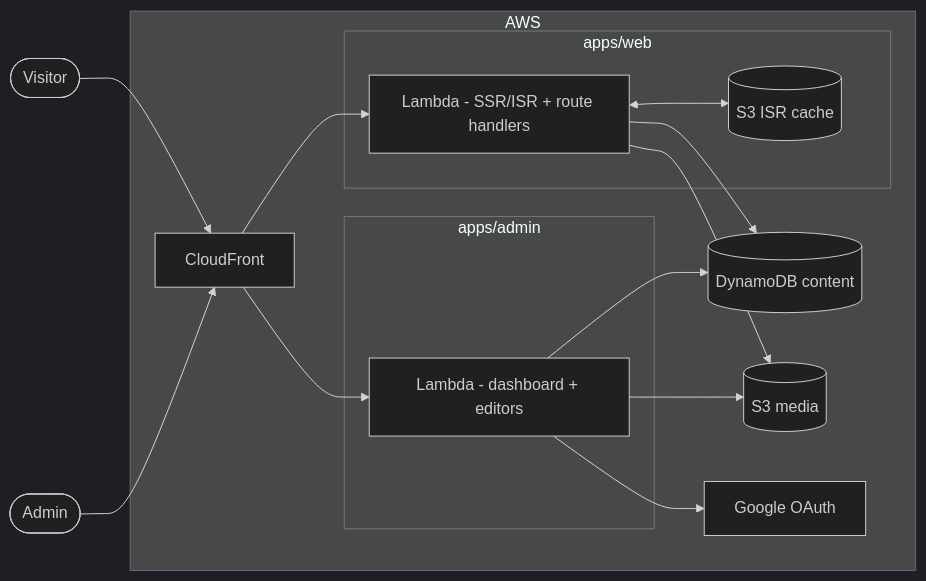
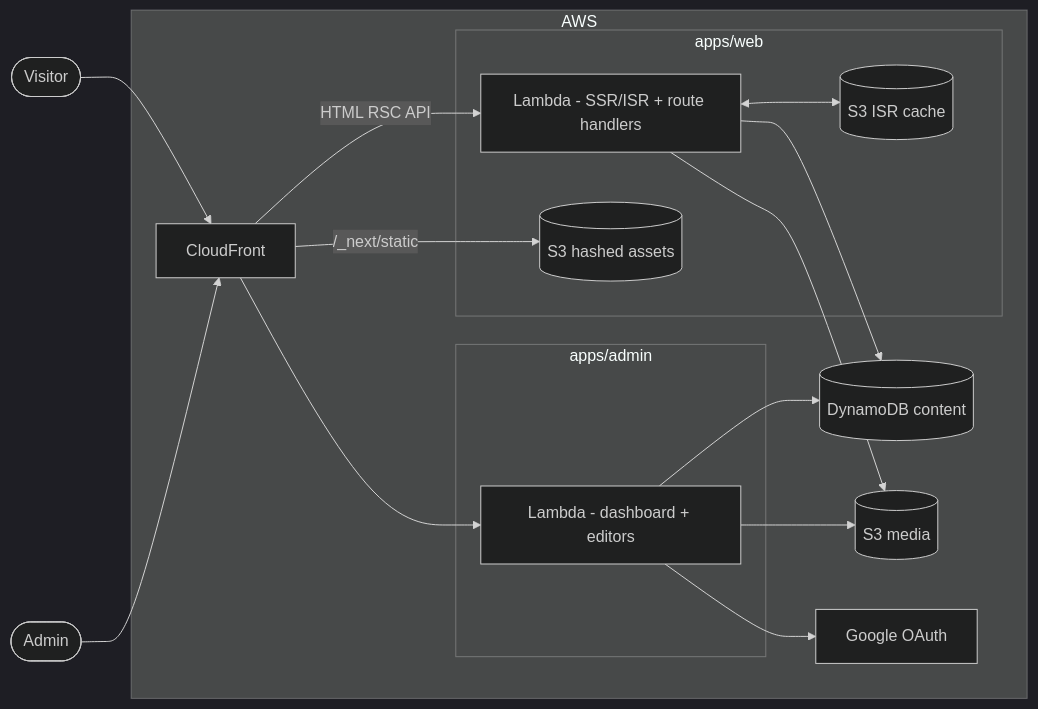
The diagram in README.md (KhubaibQaiser/portfolio-v2), drawn with Mermaid (dark theme) before and after one commit. The commit also changed other lines of this file and 8 other files, not shown here.

First line of the commit message:
Retain hashed OpenNext assets across deploys to stop post-release CSS breakage (#56)

````diff
--- a/README.md
+++ b/README.md
@@ -40,28 +40,31 @@
 ```mermaid
 flowchart LR
   user([Visitor])
   admin_user([Admin])
 
   subgraph aws [AWS]
     cf[CloudFront]
     subgraph web [apps/web]
       webfn[Lambda - SSR/ISR + route handlers]
+      s3assets[(S3 hashed assets)]
       s3cache[(S3 ISR cache)]
     end
     subgraph adm [apps/admin]
       admfn[Lambda - dashboard + editors]
     end
     ddb[(DynamoDB content)]
     s3media[(S3 media)]
     google[Google OAuth]
   end
 
-  user --> cf --> webfn
+  user --> cf
+  cf -->|"HTML RSC API"| webfn
+  cf -->|"/_next/static"| s3assets
   webfn <--> s3cache
   webfn --> ddb
   webfn --> s3media
   admin_user --> cf --> admfn
   admfn --> google
   admfn --> ddb
   admfn --> s3media
 ```
````
